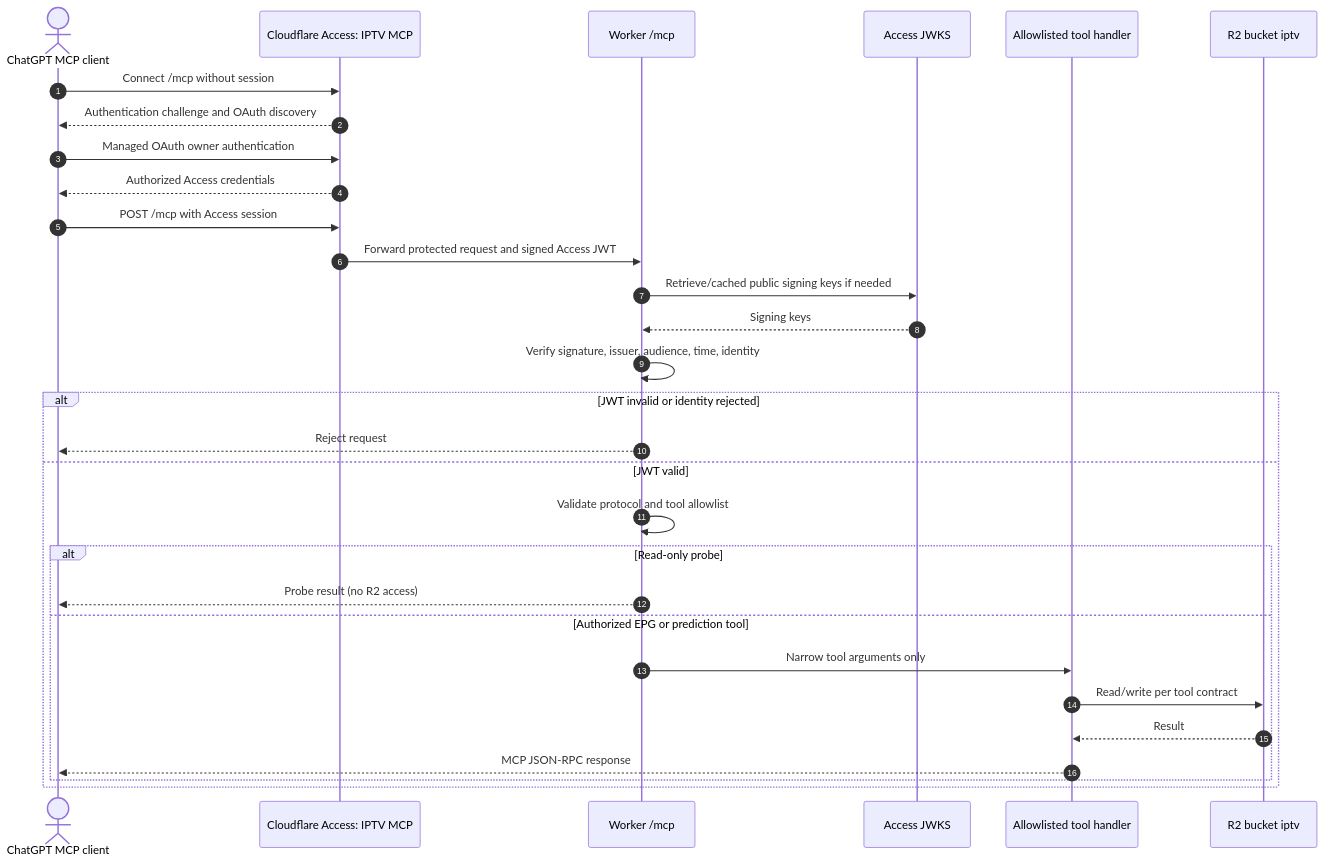
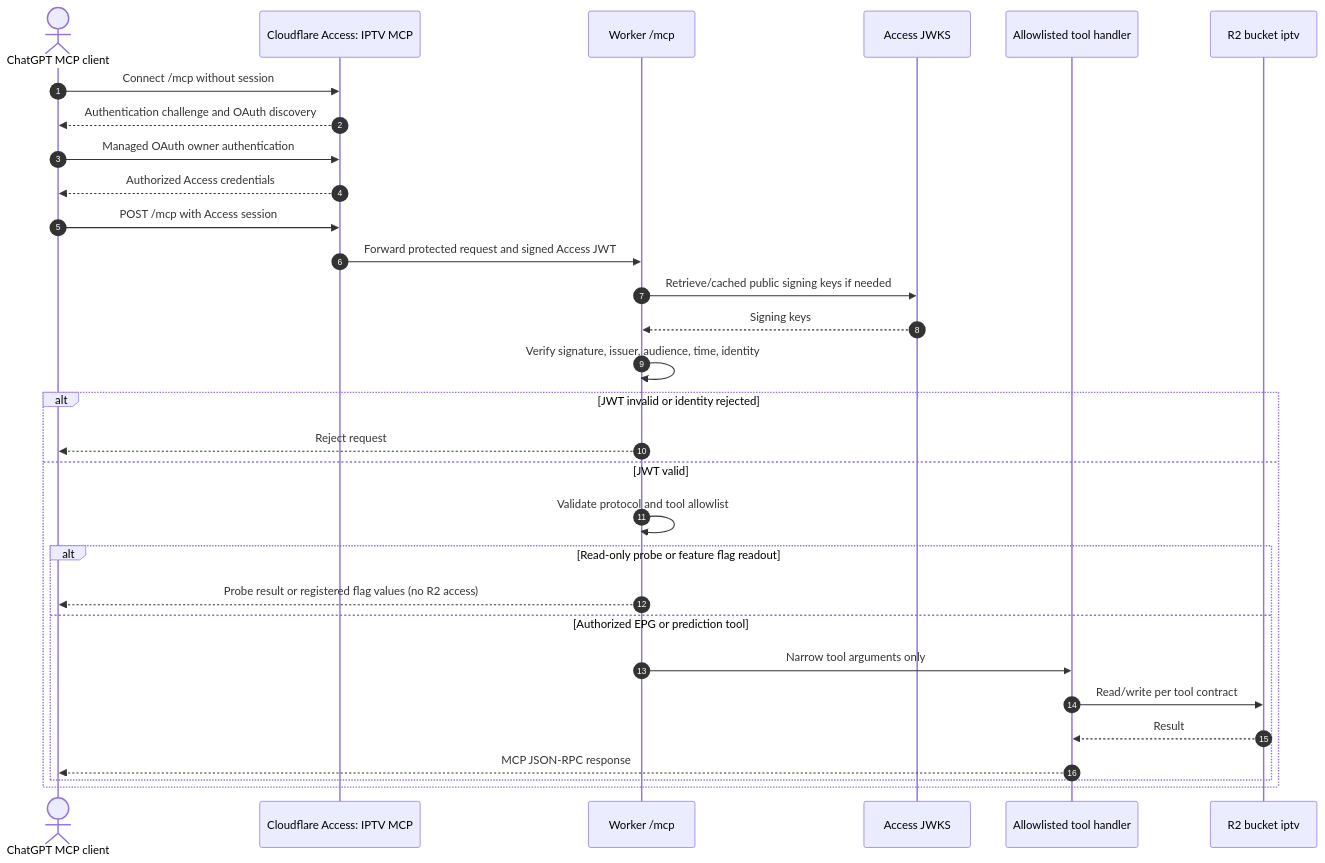
Before and after one commit to vladimino/iptv-watchlist: the diagram in docs/architecture/authentication-and-mcp.md, drawn with Mermaid. The commit also changed other lines of this file and 10 other files, not shown here.

````diff
--- a/docs/architecture/authentication-and-mcp.md
+++ b/docs/architecture/authentication-and-mcp.md
@@ -5,32 +5,32 @@
 ```mermaid
 sequenceDiagram
     autonumber
     actor Client as ChatGPT MCP client
     participant Access as Cloudflare Access: IPTV MCP
     participant Worker as Worker /mcp
     participant JWKS as Access JWKS
     participant Handler as Allowlisted tool handler
     participant R2 as R2 bucket iptv
     Client->>Access: Connect /mcp without session
     Access-->>Client: Authentication challenge and OAuth discovery
     Client->>Access: Managed OAuth owner authentication
     Access-->>Client: Authorized Access credentials
     Client->>Access: POST /mcp with Access session
     Access->>Worker: Forward protected request and signed Access JWT
     Worker->>JWKS: Retrieve/cached public signing keys if needed
     JWKS-->>Worker: Signing keys
     Worker->>Worker: Verify signature, issuer, audience, time, identity
     alt JWT invalid or identity rejected
         Worker-->>Client: Reject request
     else JWT valid
         Worker->>Worker: Validate protocol and tool allowlist
-        alt Read-only probe
-            Worker-->>Client: Probe result (no R2 access)
+        alt Read-only probe or feature flag readout
+            Worker-->>Client: Probe result or registered flag values (no R2 access)
         else Authorized EPG or prediction tool
             Worker->>Handler: Narrow tool arguments only
             Handler->>R2: Read/write per tool contract
             R2-->>Handler: Result
             Handler-->>Client: MCP JSON-RPC response
         end
     end
 ```
````
